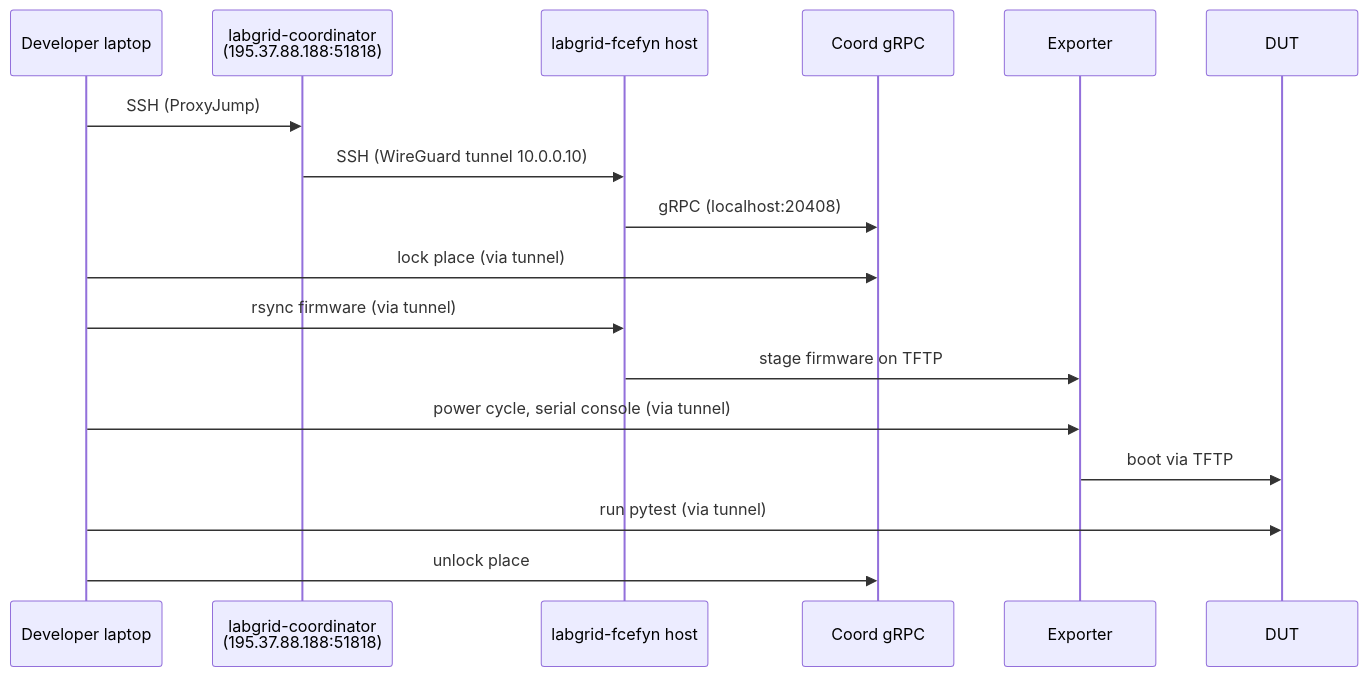
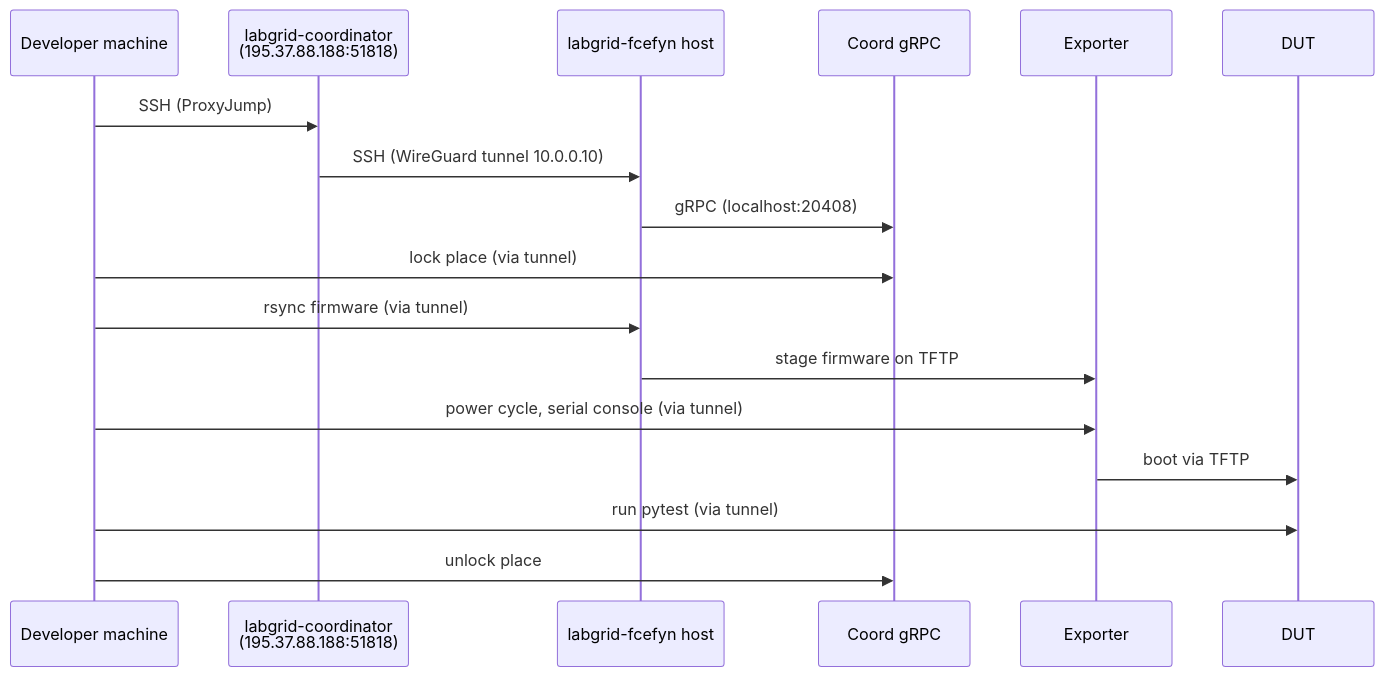
The diagram in docs/operar/developer-remote-access.md (ccasanueva7/fcefyn_testbed_utils), drawn with Mermaid before and after one commit. The commit also changed other lines of this file and 11 other files, not shown here.

Commit message:
docs: prefer machine over laptop in wording

````diff
--- a/docs/operar/developer-remote-access.md
+++ b/docs/operar/developer-remote-access.md
@@ -13,20 +264,20 @@
 ```mermaid
 sequenceDiagram
-    participant Dev as Developer laptop
+    participant Dev as Developer machine
     participant LGC as labgrid-coordinator<br/>(195.37.88.188:51818)
     participant Host as labgrid-fcefyn host
     participant Coord as Coord gRPC
     participant Exp as Exporter
     participant DUT as DUT
 
     Dev->>LGC: SSH (ProxyJump)
     LGC->>Host: SSH (WireGuard tunnel 10.0.0.10)
     Host->>Coord: gRPC (localhost:20408)
     Dev->>Coord: lock place (via tunnel)
     Dev->>Host: rsync firmware (via tunnel)
     Host->>Exp: stage firmware on TFTP
     Dev->>Exp: power cycle, serial console (via tunnel)
     Exp->>DUT: boot via TFTP
     Dev->>DUT: run pytest (via tunnel)
     Dev->>Coord: unlock place
 ```
````
